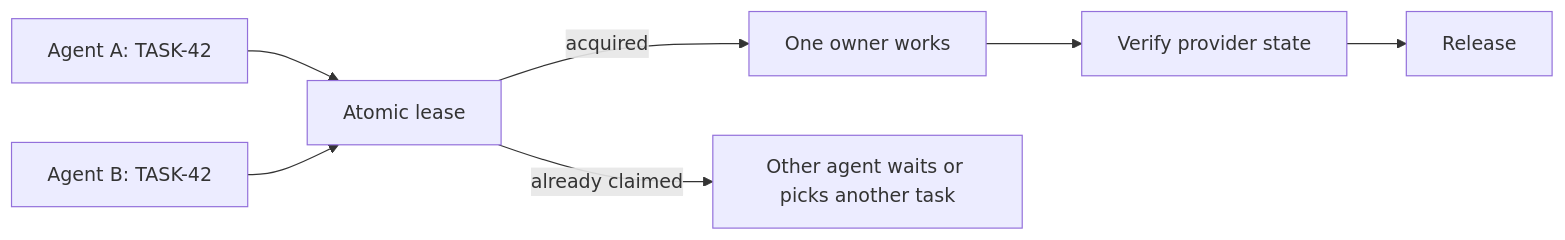
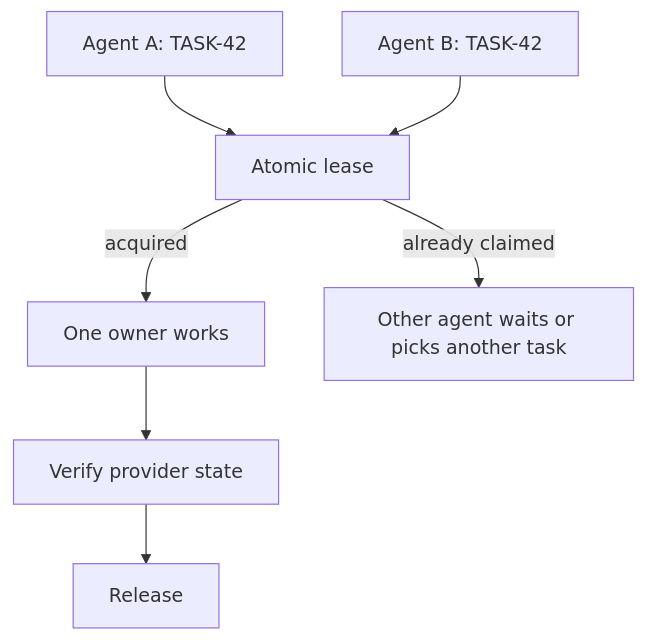
Before and after one commit to brettinternet/brettinternet.github.io: the diagram in content/worklease/_index.md, drawn with Mermaid. The commit also changed 2 other files, not shown here.

Commit message:
Improve Mermaid chart readability

````diff
--- a/content/worklease/_index.md
+++ b/content/worklease/_index.md
@@ -24,9 +24,9 @@
 ```mermaid
-flowchart LR
+flowchart TD
     A[Agent A: TASK-42] --> C[Atomic lease]
     B[Agent B: TASK-42] --> C
     C -->|acquired| W[One owner works]
     C -->|already claimed| N[Other agent waits or picks another task]
     W --> P[Verify provider state]
     P --> R[Release]
 ```
````
